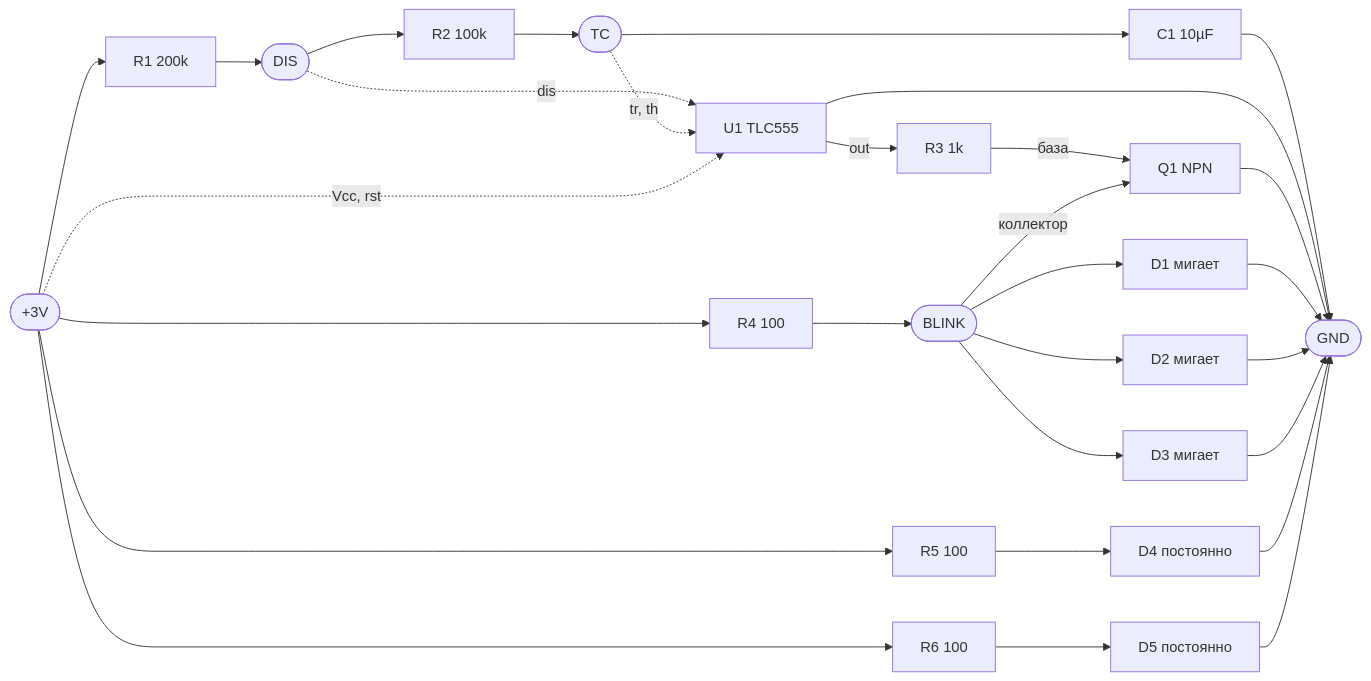
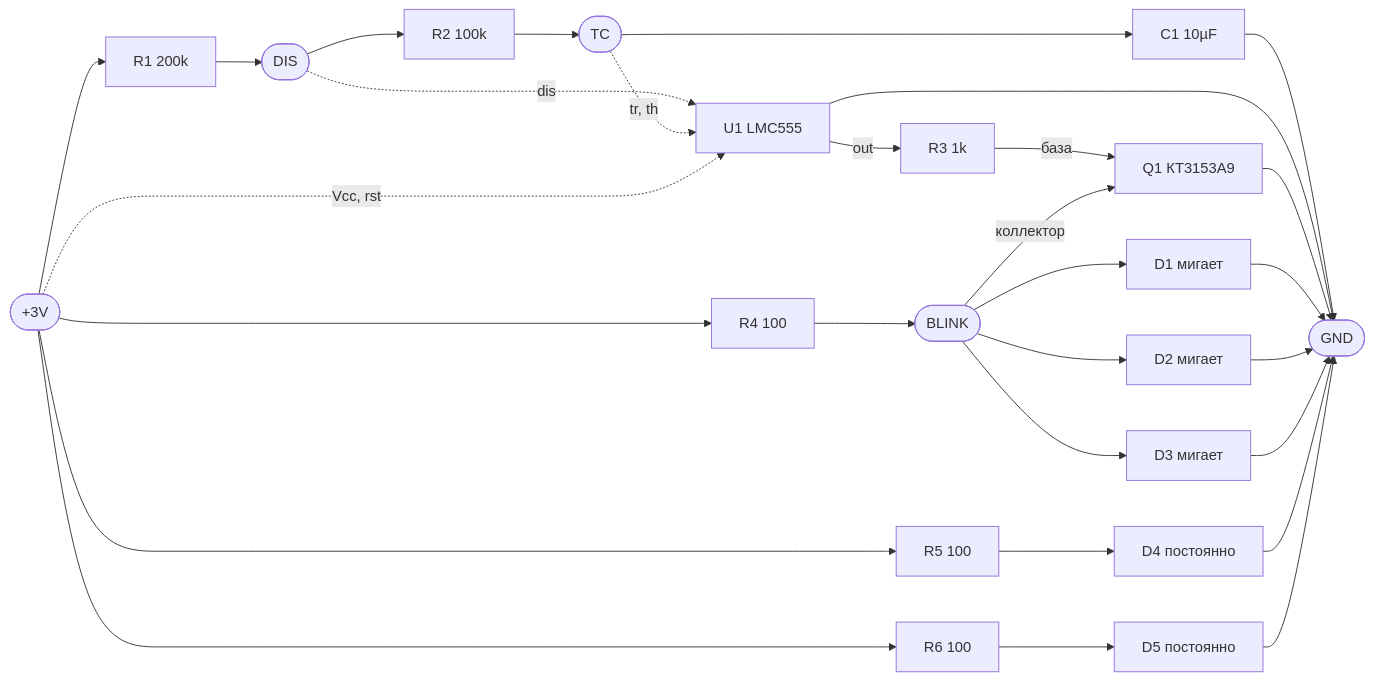
The diagram in README.md (Talgat047/offzone-addon-s7), drawn with Mermaid before and after one commit. The commit also changed other lines of this file, not shown here.

Commit message:
Update net table and diagram for the new pin order

````diff
--- a/README.md
+++ b/README.md
@@ -20,25 +20,25 @@
 ```mermaid
 flowchart LR
     VCC(["+3V"])
     GND(["GND"])
 
     VCC --> R1["R1 200k"] --> DIS(["DIS"])
     DIS --> R2["R2 100k"] --> TC(["TC"])
     TC --> C1["C1 10µF"] --> GND
 
     DIS -.->|dis| U1
     TC  -.->|tr, th| U1
     VCC -.->|Vcc, rst| U1
-    U1["U1 TLC555"] -->|out| R3["R3 1k"] -->|база| Q1["Q1 NPN"]
+    U1["U1 LMC555"] -->|out| R3["R3 1k"] -->|база| Q1["Q1 КТ3153А9"]
     U1 --> GND
 
     VCC --> R4["R4 100"] --> BLINK(["BLINK"])
     BLINK -->|коллектор| Q1 --> GND
 
     BLINK --> D1["D1 мигает"] --> GND
     BLINK --> D2["D2 мигает"] --> GND
     BLINK --> D3["D3 мигает"] --> GND
 
     VCC --> R5["R5 100"] --> D4["D4 постоянно"] --> GND
     VCC --> R6["R6 100"] --> D5["D5 постоянно"] --> GND
 ```
````
